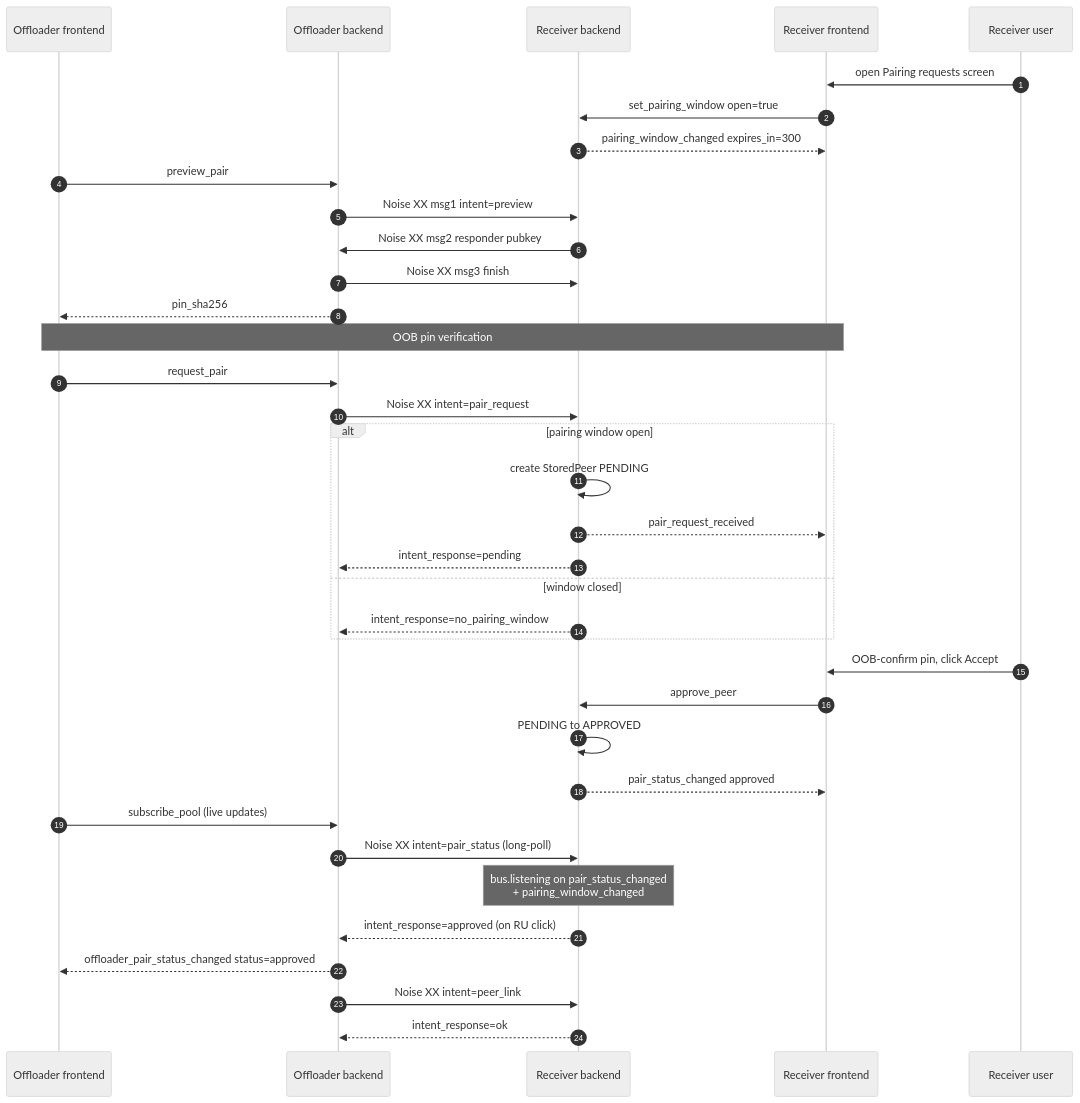
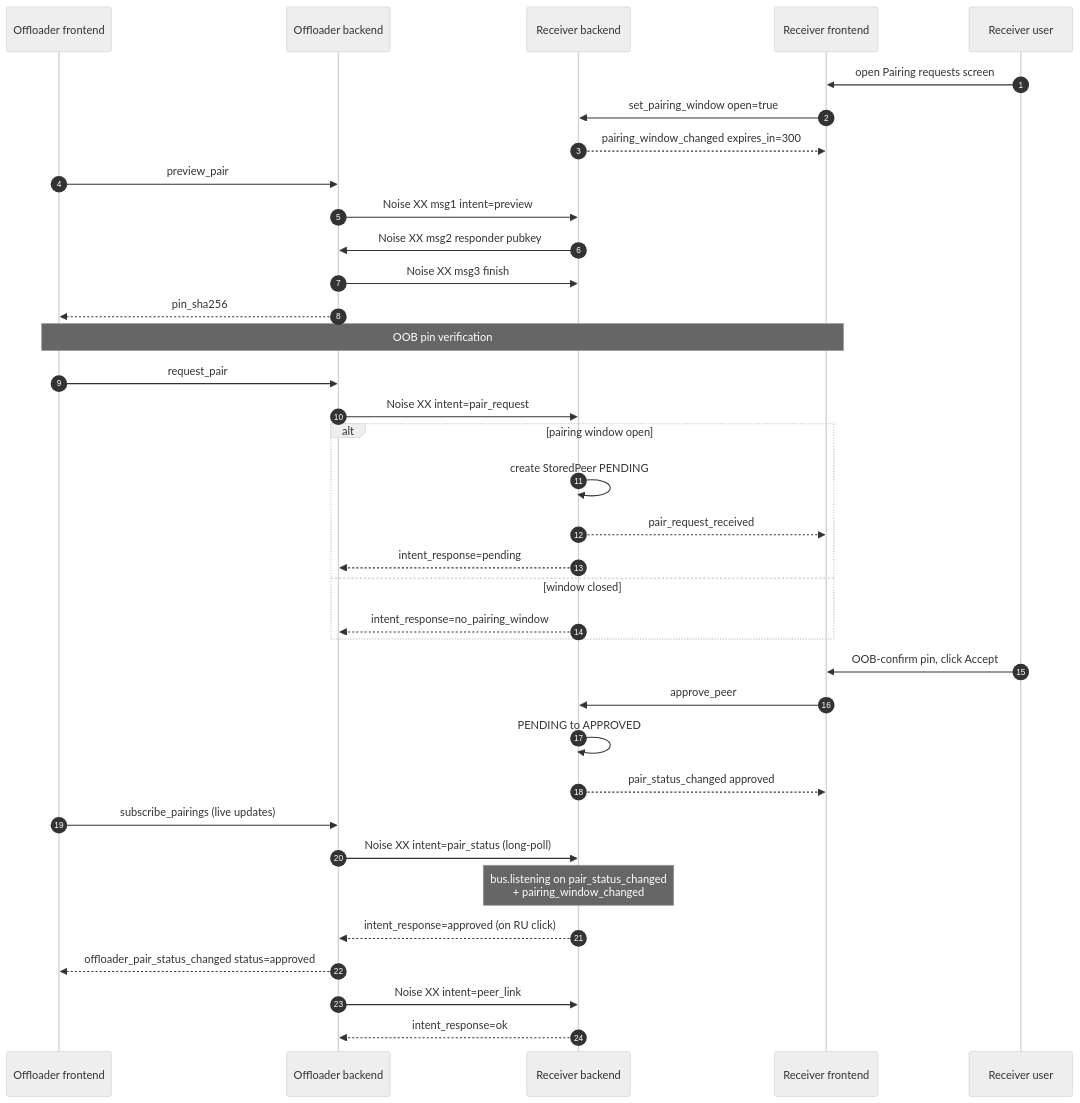
One commit to esphome/device-builder changed the diagram in docs/ARCHITECTURE.md. Above: the diagram before and after it, drawn with Mermaid (neutral theme). The commit also changed other lines of this file and 6 other files, not shown here.

````diff
--- a/docs/ARCHITECTURE.md
+++ b/docs/ARCHITECTURE.md
@@ -280,45 +280,45 @@
 ```mermaid
 sequenceDiagram
     autonumber
     participant OF as Offloader frontend
     participant OB as Offloader backend
     participant RB as Receiver backend
     participant RF as Receiver frontend
     participant RU as Receiver user
 
     RU->>RF: open Pairing requests screen
     RF->>RB: set_pairing_window open=true
     RB-->>RF: pairing_window_changed expires_in=300
 
     OF->>OB: preview_pair
     OB->>RB: Noise XX msg1 intent=preview
     RB->>OB: Noise XX msg2 responder pubkey
     OB->>RB: Noise XX msg3 finish
     OB-->>OF: pin_sha256
 
     Note over OF,RF: OOB pin verification
 
     OF->>OB: request_pair
     OB->>RB: Noise XX intent=pair_request
     alt pairing window open
         RB->>RB: create StoredPeer PENDING
         RB-->>RF: pair_request_received
         RB-->>OB: intent_response=pending
     else window closed
         RB-->>OB: intent_response=no_pairing_window
     end
 
     RU->>RF: OOB-confirm pin, click Accept
     RF->>RB: approve_peer
     RB->>RB: PENDING to APPROVED
     RB-->>RF: pair_status_changed approved
 
-    OF->>OB: subscribe_pool (live updates)
+    OF->>OB: subscribe_pairings (live updates)
     OB->>RB: Noise XX intent=pair_status (long-poll)
     Note over RB: bus.listening on pair_status_changed<br/>+ pairing_window_changed
     RB-->>OB: intent_response=approved (on RU click)
     OB-->>OF: offloader_pair_status_changed status=approved
 
     OB->>RB: Noise XX intent=peer_link
     RB-->>OB: intent_response=ok
 ```
````
